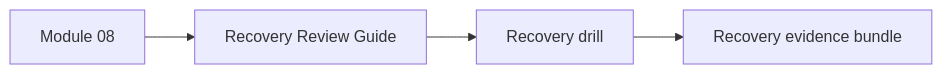
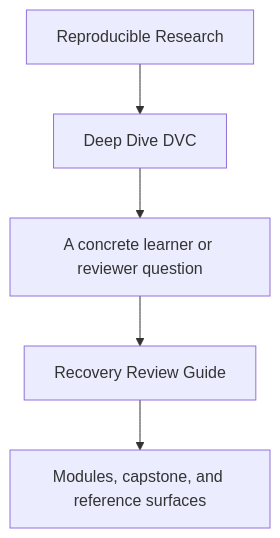
Before and after one commit to bijux/bijux-masterclass: the first of 2 diagrams in programs/reproducible-research/deep-dive-dvc/course-book/guides/recovery-review-guide.md, drawn with Mermaid. The commit also changed other lines of this file and 31 other files, not shown here.

Commit message:
docs(deep-dive-dvc): sharpen guide and reference diagrams

````diff
--- a/programs/reproducible-research/deep-dive-dvc/course-book/guides/recovery-review-guide.md
+++ b/programs/reproducible-research/deep-dive-dvc/course-book/guides/recovery-review-guide.md
@@ -6,9 +6,7 @@
 ```mermaid
-graph LR
-  module["Module 08"]
-  guide["Recovery Review Guide"]
-  capstone["Recovery drill"]
-  bundle["Recovery evidence bundle"]
-
-  module --> guide --> capstone --> bundle
+flowchart TD
+  family["Reproducible Research"] --> program["Deep Dive DVC"]
+  program --> pressure["A concrete learner or reviewer question"]
+  pressure --> guide["Recovery Review Guide"]
+  guide --> next["Modules, capstone, and reference surfaces"]
 ```
````
